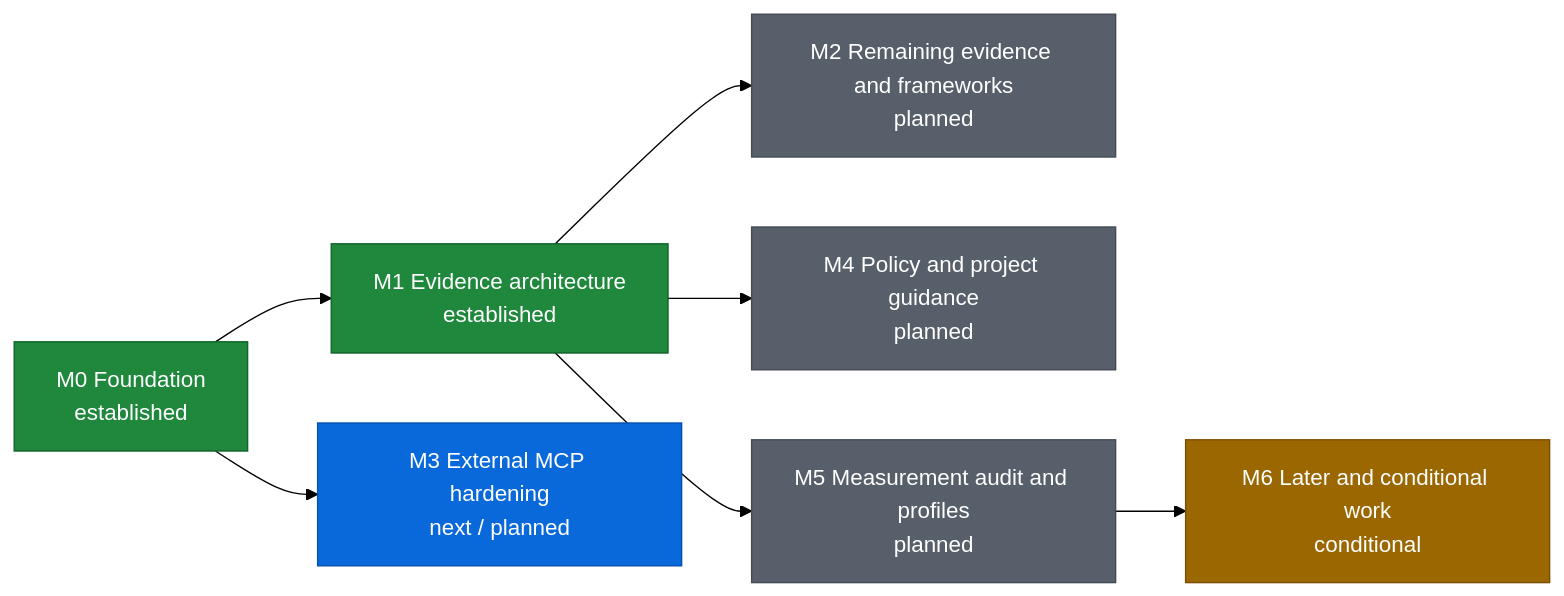
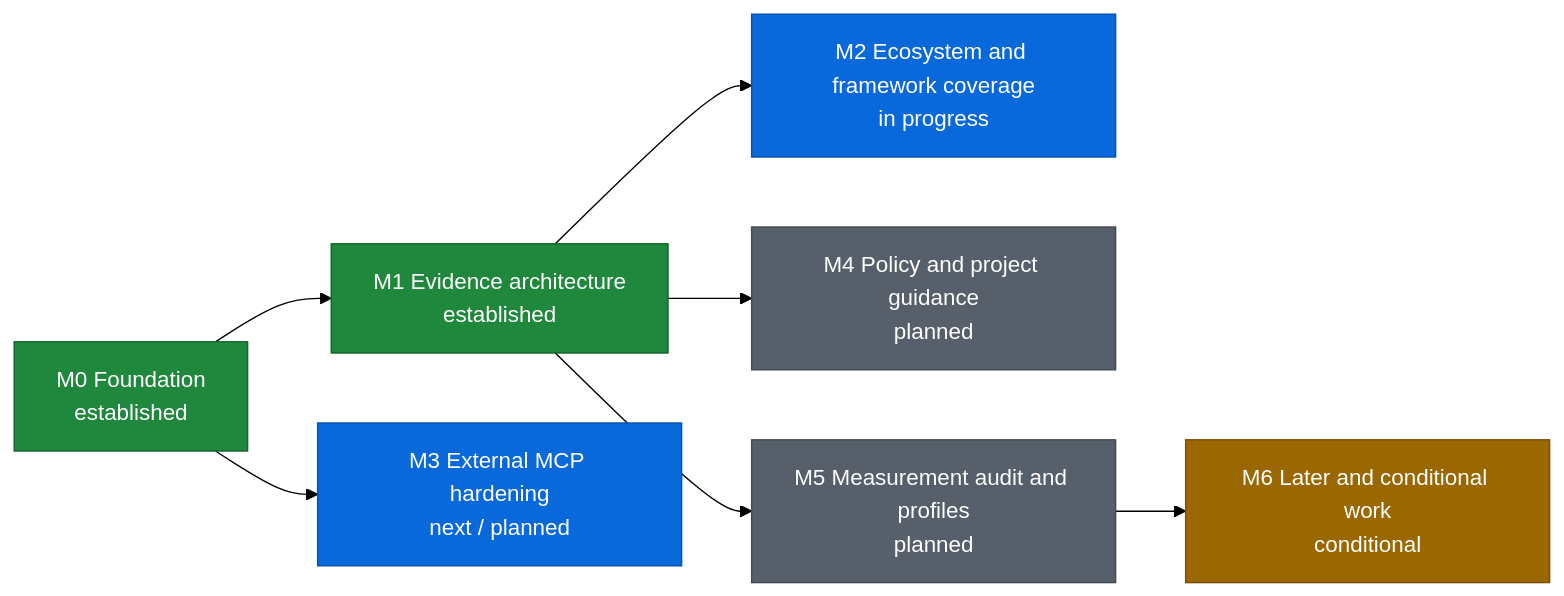
The diagram in ROADMAP.md (xeonvs/open-code-review-toolkit), drawn with Mermaid (forest theme) before and after one commit. The commit also changed other lines of this file and 5 other files, not shown here.

Commit message:
Activate M2 framework coverage

````diff
--- a/ROADMAP.md
+++ b/ROADMAP.md
@@ -8,19 +8,20 @@
 ```mermaid
 flowchart LR
     M0["M0 Foundation<br/>established"] --> M1["M1 Evidence architecture<br/>established"]
     M0 --> M3["M3 External MCP hardening<br/>next / planned"]
-    M1 --> M2["M2 Remaining evidence and frameworks<br/>planned"]
+    M1 --> M2["M2 Ecosystem and framework coverage<br/>in progress"]
     M1 --> M4["M4 Policy and project guidance<br/>planned"]
     M1 --> M5["M5 Measurement audit and profiles<br/>planned"]
     M5 --> M6["M6 Later and conditional work<br/>conditional"]
 
     classDef established fill:#1f883d,stroke:#116329,color:#ffffff
     classDef next fill:#0969da,stroke:#0550ae,color:#ffffff
     classDef planned fill:#57606a,stroke:#424a53,color:#ffffff
     classDef conditional fill:#9a6700,stroke:#7d4e00,color:#ffffff
 
     class M0,M1 established
     class M3 next
-    class M2,M4,M5 planned
+    class M4,M5 planned
+    class M2 next
     class M6 conditional
 ```
````
